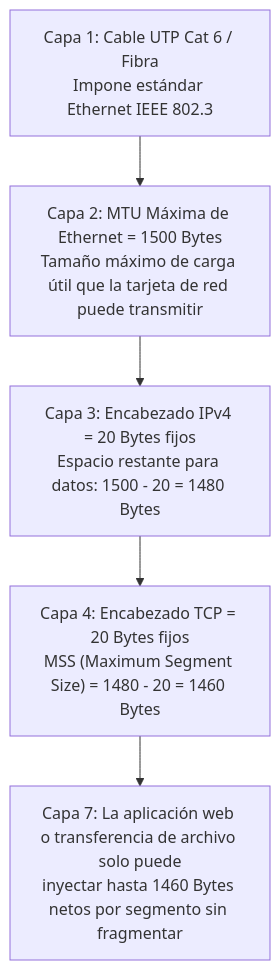
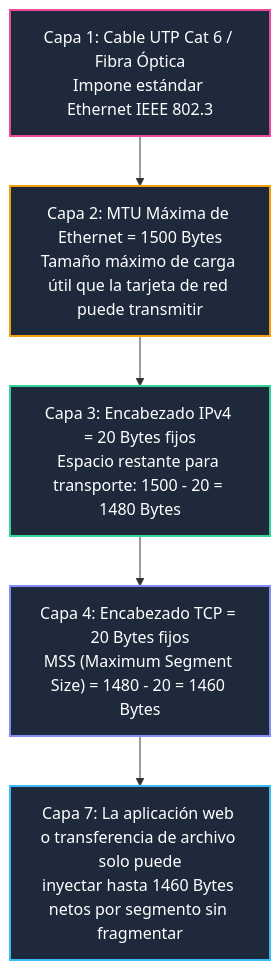
One commit to ch4rf/redes-computadoras changed the second of 3 diagrams in Teoria/00_Integracion_Entre_Capas_Modelo_TCP_IP.md. Above: the diagram before and after it, drawn with Mermaid. The commit also changed other lines of this file and 12 other files, not shown here.

Commit message:
fix: reemplazar arte ascii por diagramas nativos mermaid y tablas responsivas para obsidian y vscode

````diff
--- a/Teoria/00_Integracion_Entre_Capas_Modelo_TCP_IP.md
+++ b/Teoria/00_Integracion_Entre_Capas_Modelo_TCP_IP.md
@@ -46,7 +52,13 @@
 ```mermaid
-graph TD
-    L1["Capa 1: Cable UTP Cat 6 / Fibra<br/>Impone estándar Ethernet IEEE 802.3"] --> L2["Capa 2: MTU Máxima de Ethernet = 1500 Bytes<br/>Tamaño máximo de carga útil que la tarjeta de red puede transmitir"]
-    L2 --> L3["Capa 3: Encabezado IPv4 = 20 Bytes fijos<br/>Espacio restante para datos: 1500 - 20 = 1480 Bytes"]
+flowchart TD
+    L1["Capa 1: Cable UTP Cat 6 / Fibra Óptica<br/>Impone estándar Ethernet IEEE 802.3"] --> L2["Capa 2: MTU Máxima de Ethernet = 1500 Bytes<br/>Tamaño máximo de carga útil que la tarjeta de red puede transmitir"]
+    L2 --> L3["Capa 3: Encabezado IPv4 = 20 Bytes fijos<br/>Espacio restante para transporte: 1500 - 20 = 1480 Bytes"]
     L3 --> L4["Capa 4: Encabezado TCP = 20 Bytes fijos<br/>MSS (Maximum Segment Size) = 1480 - 20 = 1460 Bytes"]
     L4 --> L7["Capa 7: La aplicación web o transferencia de archivo solo puede<br/>inyectar hasta 1460 Bytes netos por segmento sin fragmentar"]
+
+    style L1 fill:#1e293b,stroke:#ec4899,stroke-width:2px,color:#fff
+    style L2 fill:#1e293b,stroke:#f59e0b,stroke-width:2px,color:#fff
+    style L3 fill:#1e293b,stroke:#34d399,stroke-width:2px,color:#fff
+    style L4 fill:#1e293b,stroke:#818cf8,stroke-width:2px,color:#fff
+    style L7 fill:#1e293b,stroke:#38bdf8,stroke-width:2px,color:#fff
 ```
````
